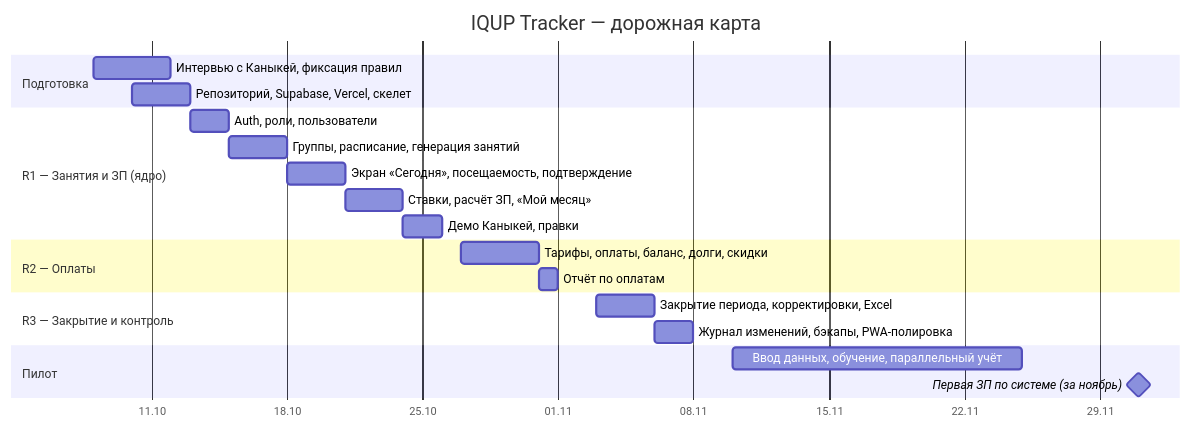
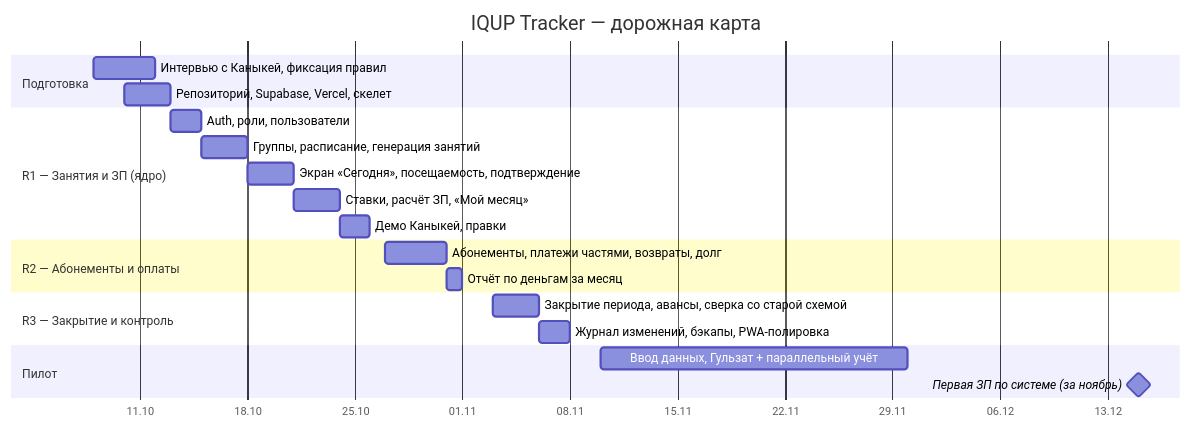
Before and after one commit to Saitama7/iqup-tracker: the diagram in docs/03-project-plan.md, drawn with Mermaid. The commit also changed other lines of this file and 6 other files, not shown here.

````diff
--- a/docs/03-project-plan.md
+++ b/docs/03-project-plan.md
@@ -34,24 +34,24 @@
 ```mermaid
 gantt
     title IQUP Tracker — дорожная карта
     dateFormat  YYYY-MM-DD
     axisFormat  %d.%m
     section Подготовка
     Интервью с Каныкей, фиксация правил     :a1, 2026-10-08, 4d
     Репозиторий, Supabase, Vercel, скелет    :a2, 2026-10-10, 3d
     section R1 — Занятия и ЗП (ядро)
     Auth, роли, пользователи                  :b1, 2026-10-13, 2d
     Группы, расписание, генерация занятий     :b2, after b1, 3d
     Экран «Сегодня», посещаемость, подтверждение :b3, after b2, 3d
     Ставки, расчёт ЗП, «Мой месяц»            :b4, after b3, 3d
     Демо Каныкей, правки                      :b5, after b4, 2d
-    section R2 — Оплаты
-    Тарифы, оплаты, баланс, долги, скидки     :c1, 2026-10-27, 4d
-    Отчёт по оплатам                          :c2, after c1, 1d
+    section R2 — Абонементы и оплаты
+    Абонементы, платежи частями, возвраты, долг :c1, 2026-10-27, 4d
+    Отчёт по деньгам за месяц                 :c2, after c1, 1d
     section R3 — Закрытие и контроль
-    Закрытие периода, корректировки, Excel    :d1, 2026-11-03, 3d
+    Закрытие периода, авансы, сверка со старой схемой :d1, 2026-11-03, 3d
     Журнал изменений, бэкапы, PWA-полировка   :d2, after d1, 2d
     section Пилот
-    Ввод данных, обучение, параллельный учёт  :e1, 2026-11-10, 15d
-    Первая ЗП по системе (за ноябрь)          :milestone, 2026-12-01, 0d
+    Ввод данных, Гульзат + параллельный учёт  :e1, 2026-11-10, 20d
+    Первая ЗП по системе (за ноябрь)          :milestone, 2026-12-15, 0d
 ```
````
